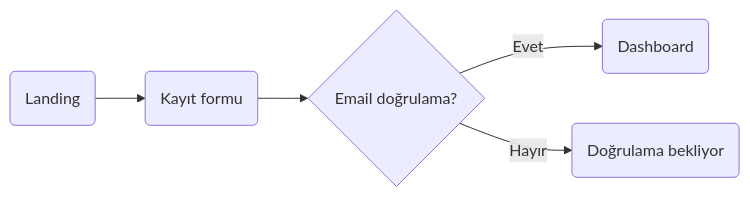
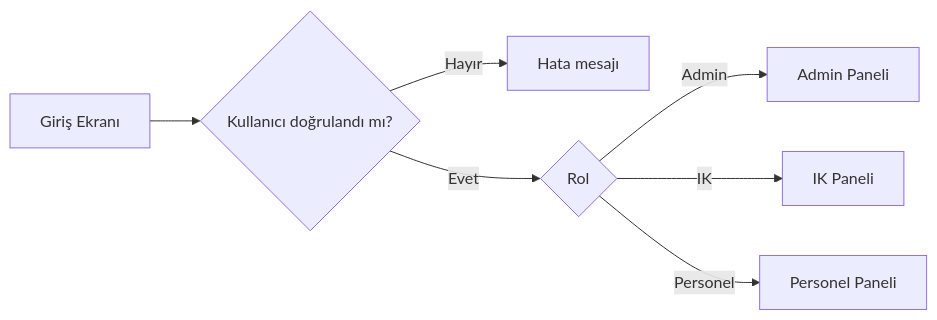
One commit to semanuryldrm/HumanResourcesApi changed the seventh of 9 diagrams in PROJE-RAPORU.md. Above: the diagram before and after it, drawn with Mermaid. The commit also changed other lines of this file, not shown here.

````diff
--- a/PROJE-RAPORU.md
+++ b/PROJE-RAPORU.md
@@ -646,7 +1057,9 @@
 ```mermaid
 flowchart LR
-    A(Landing) --> B(Kayıt formu)
-    B --> C{Email doğrulama?}
-    C -->|Evet| D(Dashboard)
-    C -->|Hayır| E(Doğrulama bekliyor)
+    A[Giriş Ekranı] --> B{Kullanıcı doğrulandı mı?}
+    B -->|Hayır| C[Hata mesajı]
+    B -->|Evet| D{Rol}
+    D -->|Admin| E[Admin Paneli]
+    D -->|IK| F[IK Paneli]
+    D -->|Personel| G[Personel Paneli]
 ```
````
